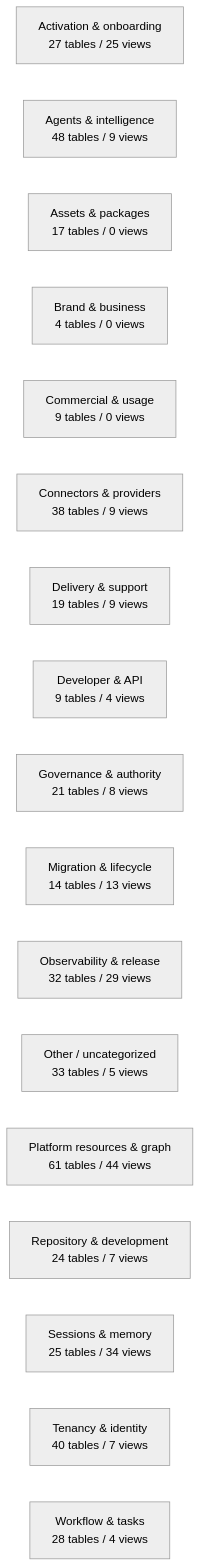
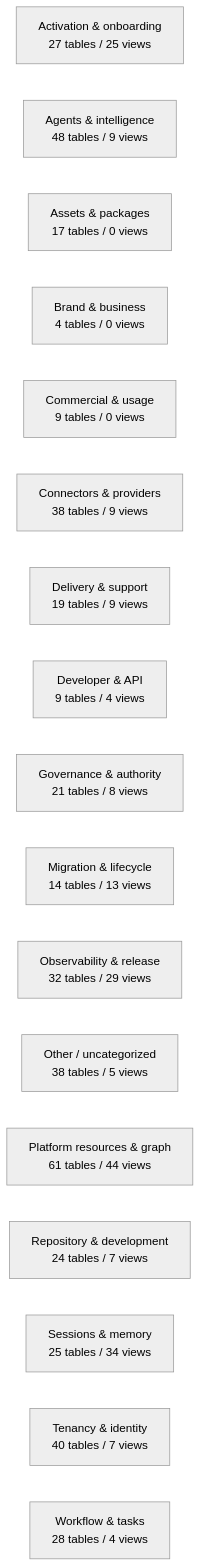
The diagram in docs/work-maps/data-model-domain-map.md (mad4bdigital-ai/multi-business-multi-role-growth-intelligence-os), drawn with Mermaid (neutral theme) before and after one commit. The commit also changed other lines of this file and 3 other files, not shown here.

````diff
--- a/docs/work-maps/data-model-domain-map.md
+++ b/docs/work-maps/data-model-domain-map.md
@@ -9,20 +9,20 @@
 ```mermaid
 flowchart LR
   n_Activation___onboarding["Activation & onboarding<br/>27 tables / 25 views"]
   n_Agents___intelligence["Agents & intelligence<br/>48 tables / 9 views"]
   n_Assets___packages["Assets & packages<br/>17 tables / 0 views"]
   n_Brand___business["Brand & business<br/>4 tables / 0 views"]
   n_Commercial___usage["Commercial & usage<br/>9 tables / 0 views"]
   n_Connectors___providers["Connectors & providers<br/>38 tables / 9 views"]
   n_Delivery___support["Delivery & support<br/>19 tables / 9 views"]
   n_Developer___API["Developer & API<br/>9 tables / 4 views"]
   n_Governance___authority["Governance & authority<br/>21 tables / 8 views"]
   n_Migration___lifecycle["Migration & lifecycle<br/>14 tables / 13 views"]
   n_Observability___release["Observability & release<br/>32 tables / 29 views"]
-  n_Other___uncategorized["Other / uncategorized<br/>33 tables / 5 views"]
+  n_Other___uncategorized["Other / uncategorized<br/>38 tables / 5 views"]
   n_Platform_resources___graph["Platform resources & graph<br/>61 tables / 44 views"]
   n_Repository___development["Repository & development<br/>24 tables / 7 views"]
   n_Sessions___memory["Sessions & memory<br/>25 tables / 34 views"]
   n_Tenancy___identity["Tenancy & identity<br/>40 tables / 7 views"]
   n_Workflow___tasks["Workflow & tasks<br/>28 tables / 4 views"]
 ```
````
